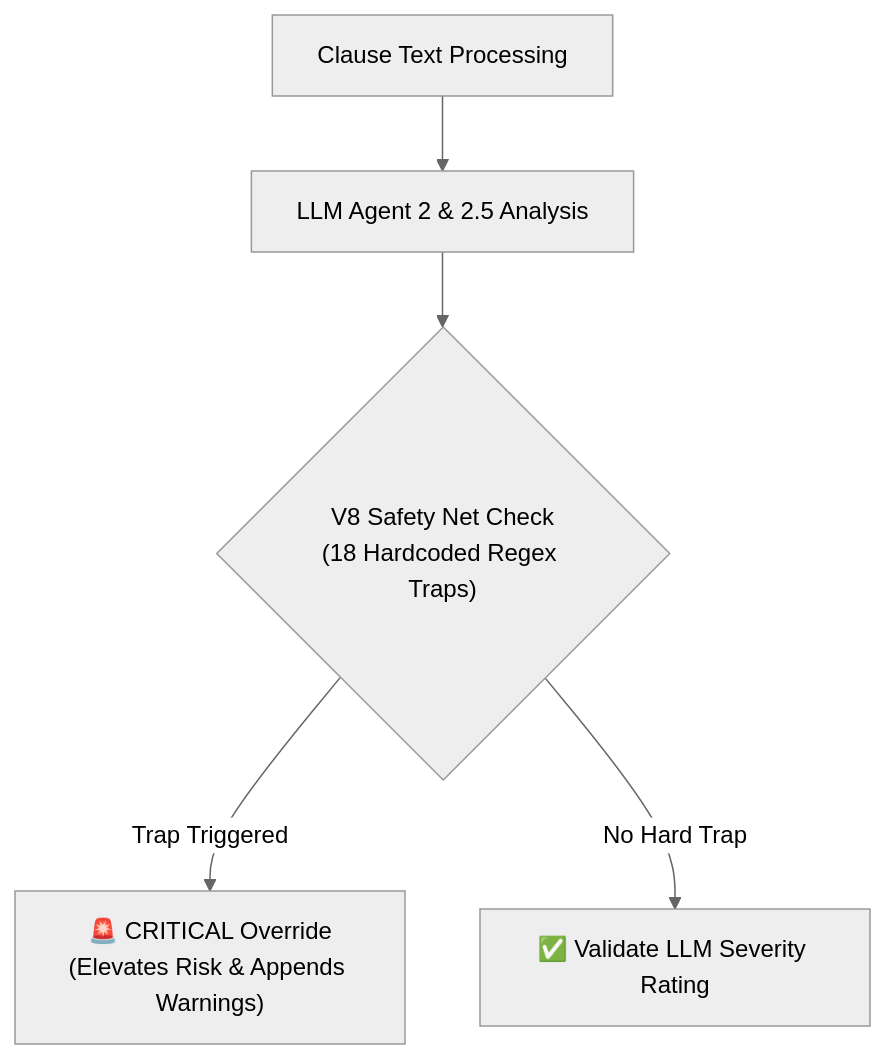
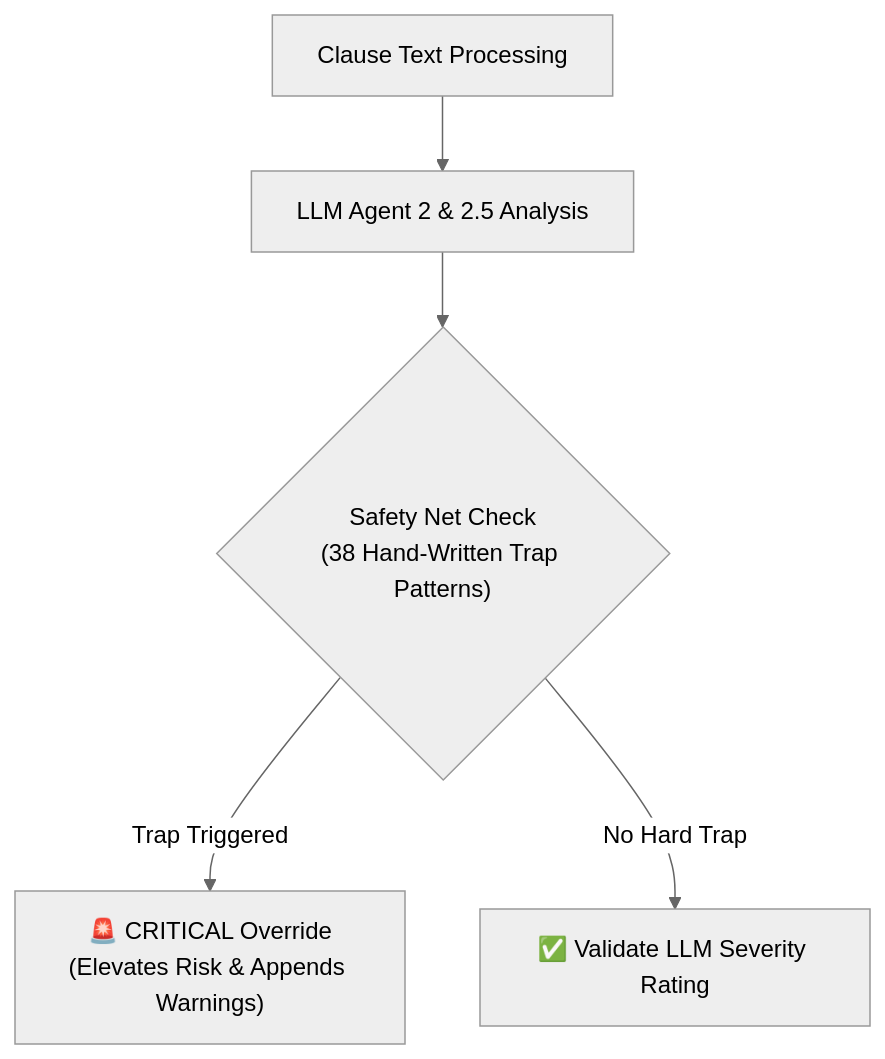
Before and after one commit to Aditya2514/LexGuard: the second of 3 diagrams in README.md, drawn with Mermaid (neutral theme). The commit also changed other lines of this file and 1 other file, not shown here.

````diff
--- a/README.md
+++ b/README.md
@@ -231,7 +242,7 @@
 ```mermaid
 graph TD
     Clause["Clause Text Processing"] --> LLM["LLM Agent 2 & 2.5 Analysis"]
-    LLM --> SafetyNet{"V8 Safety Net Check\n(18 Hardcoded Regex Traps)"}
+    LLM --> SafetyNet{"Safety Net Check\n(38 Hand-Written Trap Patterns)"}
     SafetyNet -->|Trap Triggered| Override["🚨 CRITICAL Override\n(Elevates Risk & Appends Warnings)"]
     SafetyNet -->|No Hard Trap| Keep["✅ Validate LLM Severity Rating"]
 ```
````
